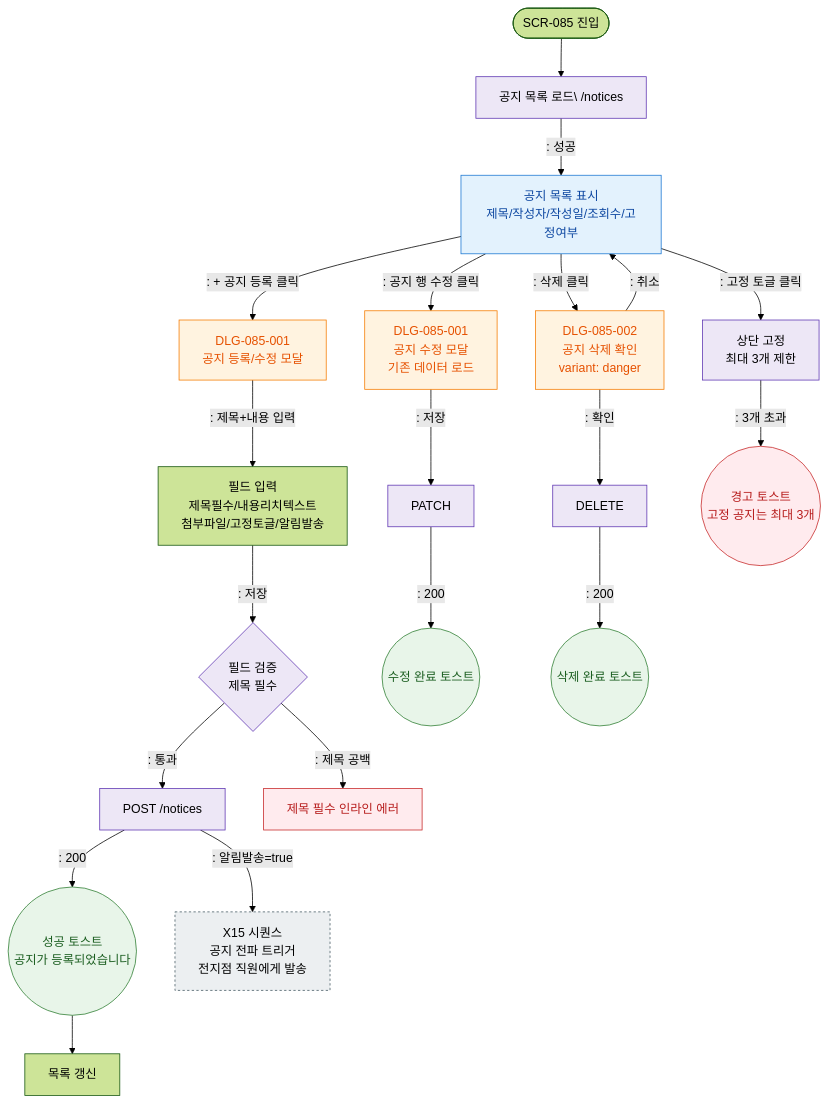
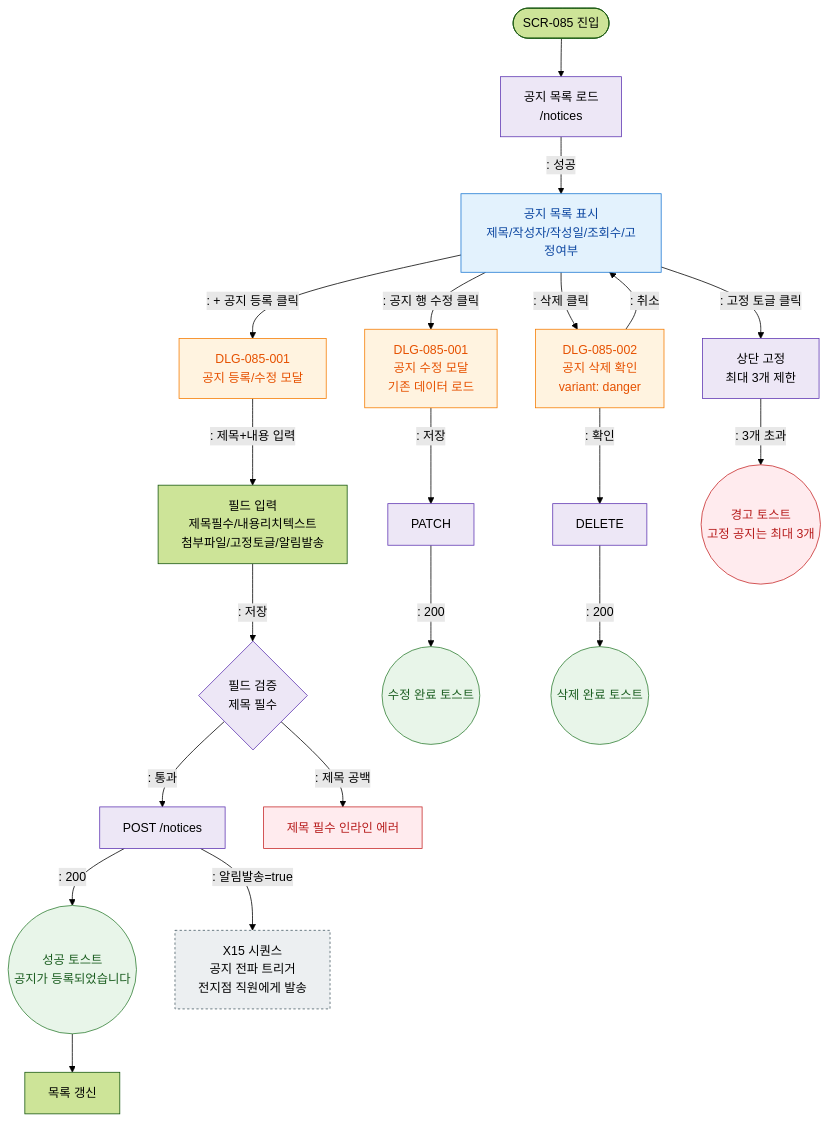
One commit to dev-spogym/admin-pando changed the diagram in docs/admin/다이어그램/D09_설정관리/SCR-085_공지사항관리/F2_메인인터랙션.md. Above: the diagram before and after it, drawn with Mermaid (forest theme). The commit also changed 369 other files, not shown here.

````diff
--- a/docs/admin/다이어그램/D09_설정관리/SCR-085_공지사항관리/F2_메인인터랙션.md
+++ b/docs/admin/다이어그램/D09_설정관리/SCR-085_공지사항관리/F2_메인인터랙션.md
@@ -15,39 +15,39 @@
 ```mermaid
 flowchart TD
-    Entry([SCR-085 진입]) --> Load[공지 목록 로드\ /notices]
+    Entry([SCR-085 진입]) --> Load[공지 목록 로드<br/> /notices]
     Load -->|": 성공"|List[공지 목록 표시\n제목/작성자/작성일/조회수/고정여부]
 
     List -->|": + 공지 등록 클릭"|DLG_001[DLG-085-001\n공지 등록/수정 모달]
     DLG_001 -->|": 제목+내용 입력"|Input[필드 입력\n제목필수/내용리치텍스트\n첨부파일/고정토글/알림발송]
     Input -->|": 저장"|Validate{필드 검증\n제목 필수}
     Validate -->|": 통과"|PostNotice[POST /notices]
     PostNotice -->|": 200"|NoticeOK((성공 토스트\n공지가 등록되었습니다))
     NoticeOK --> RefreshList[목록 갱신]
     PostNotice -->|": 알림발송=true"|X15[X15 시퀀스\n공지 전파 트리거\n전지점 직원에게 발송]
     Validate -->|": 제목 공백"|ErrTitle[제목 필수 인라인 에러]
 
     List -->|": 공지 행 수정 클릭"|DLG_001_Edit[DLG-085-001\n공지 수정 모달\n기존 데이터 로드]
     DLG_001_Edit -->|": 저장"|PatchNotice[PATCH]
     PatchNotice -->|": 200"|EditOK((수정 완료 토스트))
 
     List -->|": 삭제 클릭"|DLG_002[DLG-085-002\n공지 삭제 확인\nvariant: danger]
     DLG_002 -->|": 확인"|DelNotice[DELETE]
     DelNotice -->|": 200"|DelOK((삭제 완료 토스트))
     DLG_002 -->|": 취소"|List
 
     List -->|": 고정 토글 클릭"|PinNotice[상단 고정\n최대 3개 제한]
     PinNotice -->|": 3개 초과"|PinErr((경고 토스트\n고정 공지는 최대 3개))
 
     classDef screen fill:#E3F2FD,stroke:#1976D2,color:#0D47A1
     classDef modal fill:#FFF3E0,stroke:#F57C00,color:#E65100
     classDef success fill:#E8F5E9,stroke:#2E7D32,color:#1B5E20
     classDef error fill:#FFEBEE,stroke:#C62828,color:#B71C1C
     classDef system fill:#EDE7F6,stroke:#5E35B2
     classDef external fill:#ECEFF1,stroke:#455A64,stroke-dasharray:3 3
     class List screen
     class DLG_001,DLG_001_Edit,DLG_002 modal
     class NoticeOK,EditOK,DelOK success
     class ErrTitle,PinErr error
     class Load,PostNotice,PatchNotice,DelNotice,PinNotice,Validate system
     class X15 external
 ```
````
